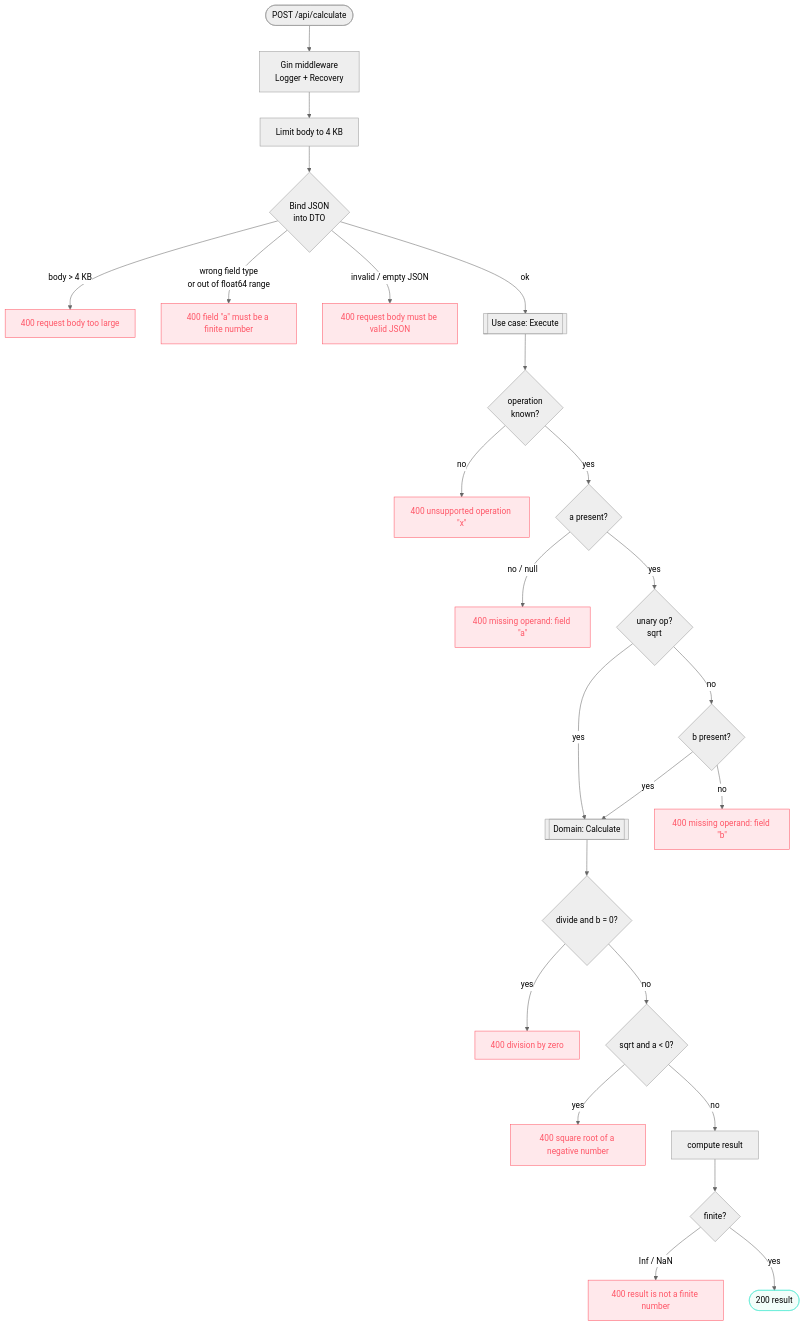
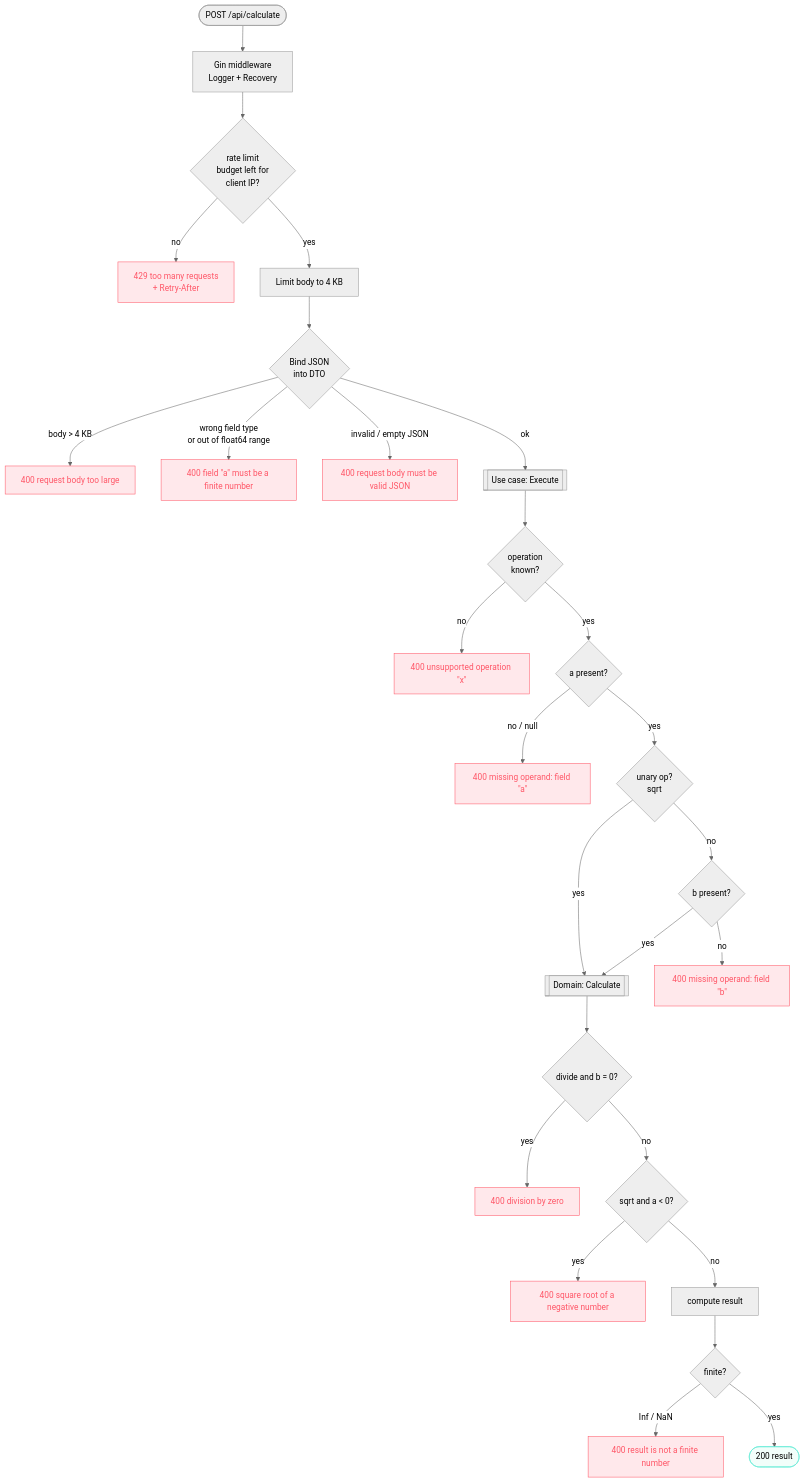
The fourth of 10 diagrams in docs/ARCHITECTURE.md (lucasgm1997/fullstack-calculator), drawn with Mermaid (neutral theme) before and after one commit. The commit also changed other lines of this file and 3 other files, not shown here.

````diff
--- a/docs/ARCHITECTURE.md
+++ b/docs/ARCHITECTURE.md
@@ -136,35 +136,37 @@
 ```mermaid
 flowchart TD
     start([POST /api/calculate]) --> mw[Gin middleware<br/>Logger + Recovery]
-    mw --> limit[Limit body to 4 KB]
+    mw --> rl{rate limit<br/>budget left for<br/>client IP?}
+    rl -- no --> e429[429 too many requests<br/>+ Retry-After]
+    rl -- yes --> limit[Limit body to 4 KB]
     limit --> bind{Bind JSON<br/>into DTO}
 
     bind -- "body > 4 KB" --> e413[400 request body too large]
     bind -- "wrong field type<br/>or out of float64 range" --> etype["400 field &quot;a&quot; must be a finite number"]
     bind -- "invalid / empty JSON" --> ejson[400 request body must be valid JSON]
     bind -- ok --> uc[[Use case: Execute]]
 
     uc --> opvalid{operation<br/>known?}
     opvalid -- no --> eop["400 unsupported operation &quot;x&quot;"]
     opvalid -- yes --> hasA{a present?}
     hasA -- "no / null" --> emissA["400 missing operand: field &quot;a&quot;"]
     hasA -- yes --> unary{unary op?<br/>sqrt}
     unary -- yes --> dom
     unary -- no --> hasB{b present?}
     hasB -- no --> emissB["400 missing operand: field &quot;b&quot;"]
     hasB -- yes --> dom[[Domain: Calculate]]
 
     dom --> div0{divide and b = 0?}
     div0 -- yes --> ediv[400 division by zero]
     div0 -- no --> neg{sqrt and a < 0?}
     neg -- yes --> esqrt[400 square root of a negative number]
     neg -- no --> compute[compute result]
     compute --> finite{finite?}
     finite -- "Inf / NaN" --> enf[400 result is not a finite number]
     finite -- yes --> ok([200 result])
 
     classDef err fill:#ff566722,stroke:#ff5667,color:#ff5667
     classDef good fill:#9ff4d922,stroke:#5eead4
-    class e413,etype,ejson,eop,emissA,emissB,ediv,esqrt,enf err
+    class e429,e413,etype,ejson,eop,emissA,emissB,ediv,esqrt,enf err
     class ok good
 ```
````
